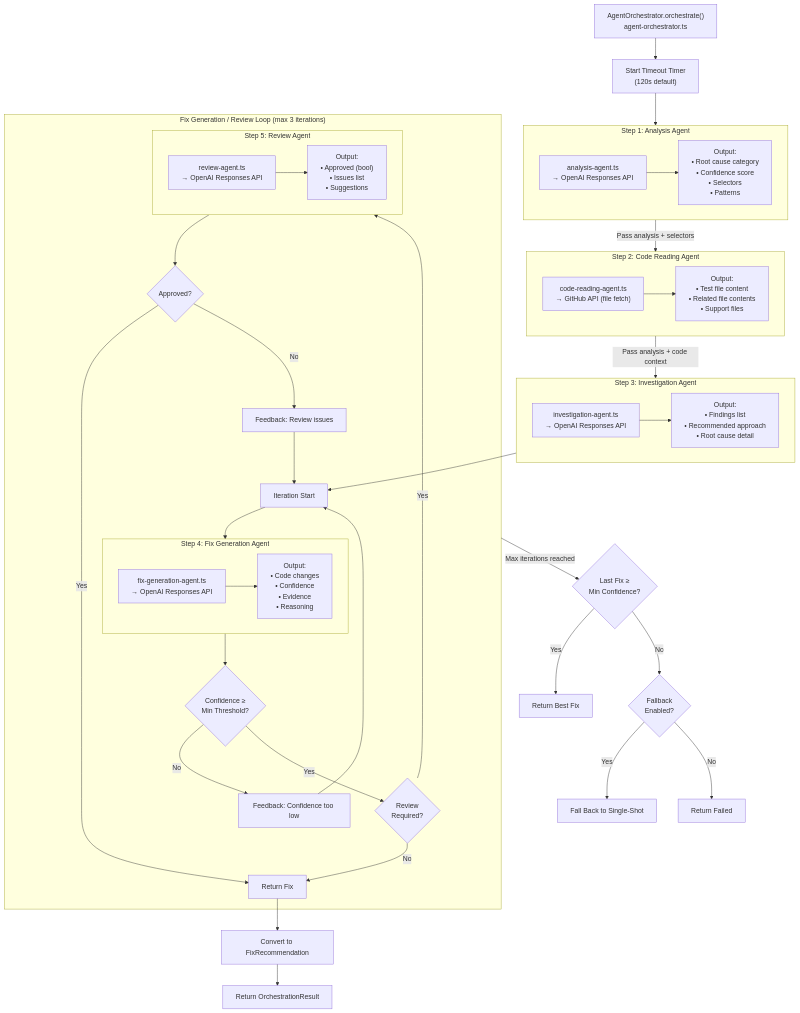
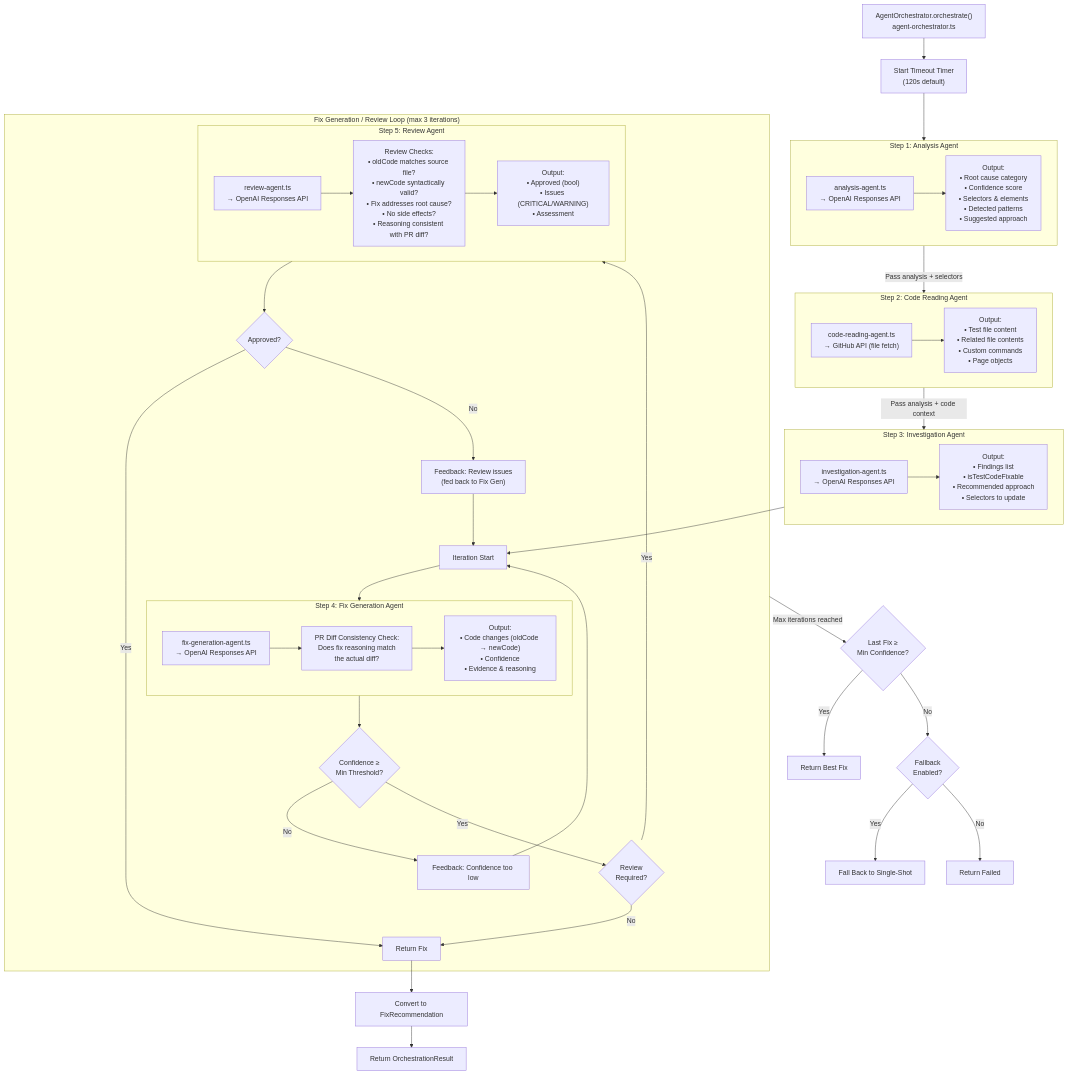
One commit to adept-at/adept-triage-agent changed the second of 6 diagrams in docs/agent-workflow-flowchart.md. Above: the diagram before and after it, drawn with Mermaid. The commit also changed other lines of this file and 5 other files, not shown here.

````diff
--- a/docs/agent-workflow-flowchart.md
+++ b/docs/agent-workflow-flowchart.md
@@ -75,65 +79,67 @@
 ```mermaid
 flowchart TB
     START["AgentOrchestrator.orchestrate()<br/>agent-orchestrator.ts"] --> TIMEOUT["Start Timeout Timer<br/>(120s default)"]
 
     TIMEOUT --> STEP1
 
     subgraph STEP1["Step 1: Analysis Agent"]
         AA["analysis-agent.ts<br/>→ OpenAI Responses API"]
-        AA --> AA_OUT["Output:<br/>• Root cause category<br/>• Confidence score<br/>• Selectors<br/>• Patterns"]
+        AA --> AA_OUT["Output:<br/>• Root cause category<br/>• Confidence score<br/>• Selectors & elements<br/>• Detected patterns<br/>• Suggested approach"]
     end
 
     STEP1 -->|Pass analysis + selectors| STEP2
 
     subgraph STEP2["Step 2: Code Reading Agent"]
         CRA["code-reading-agent.ts<br/>→ GitHub API (file fetch)"]
-        CRA --> CRA_OUT["Output:<br/>• Test file content<br/>• Related file contents<br/>• Support files"]
+        CRA --> CRA_OUT["Output:<br/>• Test file content<br/>• Related file contents<br/>• Custom commands<br/>• Page objects"]
     end
 
     STEP2 -->|Pass analysis + code context| STEP3
 
     subgraph STEP3["Step 3: Investigation Agent"]
         IA["investigation-agent.ts<br/>→ OpenAI Responses API"]
-        IA --> IA_OUT["Output:<br/>• Findings list<br/>• Recommended approach<br/>• Root cause detail"]
+        IA --> IA_OUT["Output:<br/>• Findings list<br/>• isTestCodeFixable<br/>• Recommended approach<br/>• Selectors to update"]
     end
 
     STEP3 --> LOOP_START
 
     subgraph LOOP["Fix Generation / Review Loop (max 3 iterations)"]
         LOOP_START["Iteration Start"]
         LOOP_START --> STEP4
 
         subgraph STEP4["Step 4: Fix Generation Agent"]
             FGA["fix-generation-agent.ts<br/>→ OpenAI Responses API"]
-            FGA --> FGA_OUT["Output:<br/>• Code changes<br/>• Confidence<br/>• Evidence<br/>• Reasoning"]
+            FGA --> DIFF_CHECK["PR Diff Consistency Check:<br/>Does fix reasoning match<br/>the actual diff?"]
+            DIFF_CHECK --> FGA_OUT["Output:<br/>• Code changes (oldCode → newCode)<br/>• Confidence<br/>• Evidence & reasoning"]
         end
 
         STEP4 --> CONF_CHECK{Confidence ≥<br/>Min Threshold?}
         CONF_CHECK -->|No| FEEDBACK1["Feedback: Confidence too low"]
         FEEDBACK1 --> LOOP_START
 
         CONF_CHECK -->|Yes| REVIEW_CHECK{Review<br/>Required?}
         REVIEW_CHECK -->|No| RETURN_FIX["Return Fix"]
 
         REVIEW_CHECK -->|Yes| STEP5
 
         subgraph STEP5["Step 5: Review Agent"]
             RA["review-agent.ts<br/>→ OpenAI Responses API"]
-            RA --> RA_OUT["Output:<br/>• Approved (bool)<br/>• Issues list<br/>• Suggestions"]
+            RA --> RA_CHECKS["Review Checks:<br/>• oldCode matches source file?<br/>• newCode syntactically valid?<br/>• Fix addresses root cause?<br/>• No side effects?<br/>• Reasoning consistent with PR diff?"]
+            RA_CHECKS --> RA_OUT["Output:<br/>• Approved (bool)<br/>• Issues (CRITICAL/WARNING)<br/>• Assessment"]
         end
 
         STEP5 --> APPROVED{Approved?}
         APPROVED -->|Yes| RETURN_FIX
-        APPROVED -->|No| FEEDBACK2["Feedback: Review issues"]
+        APPROVED -->|No| FEEDBACK2["Feedback: Review issues<br/>(fed back to Fix Gen)"]
         FEEDBACK2 --> LOOP_START
     end
 
     RETURN_FIX --> CONVERT["Convert to FixRecommendation"]
     CONVERT --> DONE["Return OrchestrationResult"]
 
     LOOP -->|Max iterations reached| BEST_FIX{Last Fix ≥<br/>Min Confidence?}
     BEST_FIX -->|Yes| RETURN_BEST["Return Best Fix"]
     BEST_FIX -->|No| FALLBACK{Fallback<br/>Enabled?}
     FALLBACK -->|Yes| SINGLE["Fall Back to Single-Shot"]
     FALLBACK -->|No| FAIL["Return Failed"]
 ```
````
